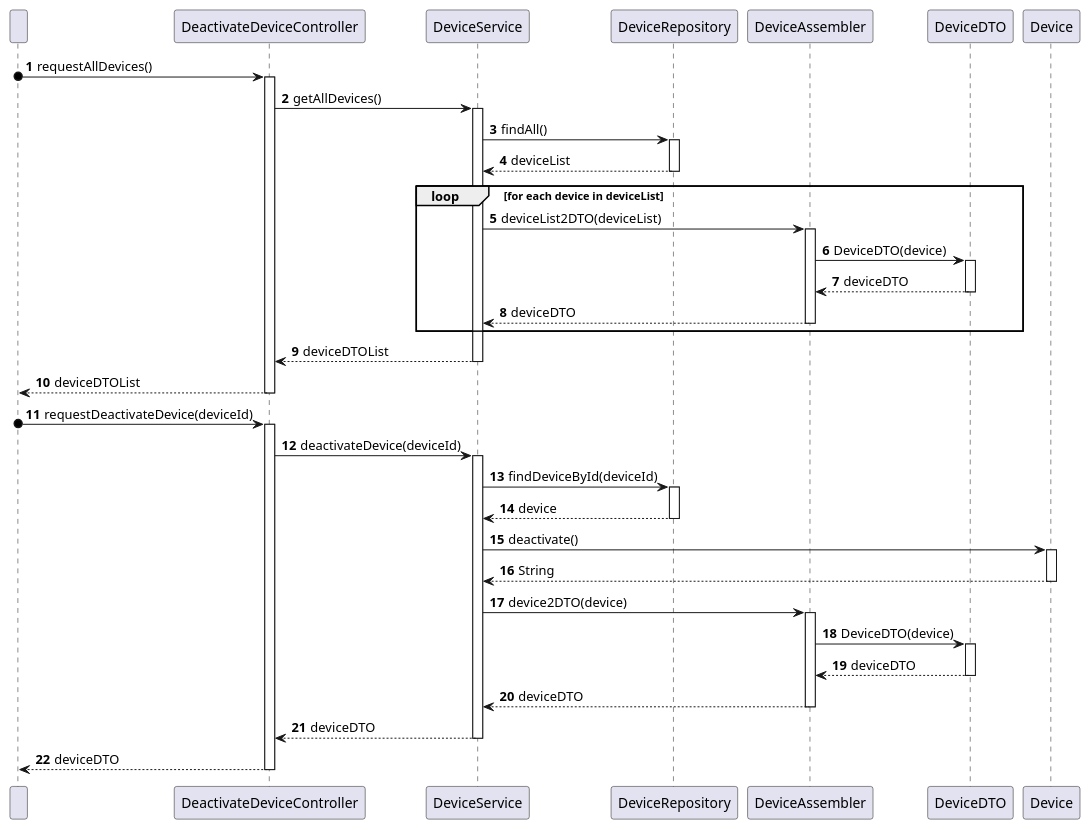
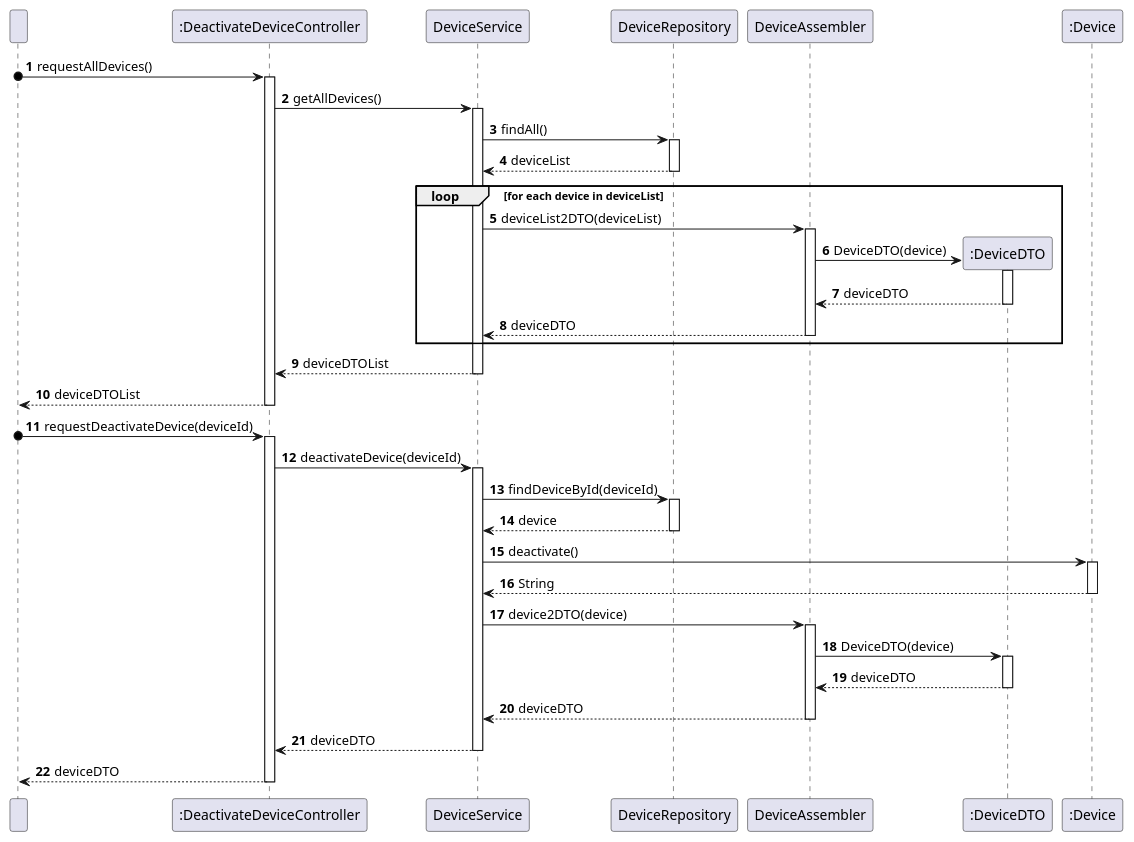
One commit to olivDiogo/SmartHome changed the diagram in docs/ood/sequenceDiagram/US08DeactivateDevice.puml. Above: the diagram before and after it, drawn with PlantUML.

Commit message:
Update US08 SD , addresses #110

```diff
--- a/docs/ood/sequenceDiagram/US08DeactivateDevice.puml
+++ b/docs/ood/sequenceDiagram/US08DeactivateDevice.puml
@@ -1,67 +1,68 @@
 @startuml
 'https://plantuml.com/sequence-diagram
 
 autonumber
 
     participant " " as User
-    participant DeactivateDeviceController as Controller
+    participant ":DeactivateDeviceController" as Controller
     participant DeviceService as Service
     participant DeviceRepository as Repository
     participant DeviceAssembler as Assembler
-    participant DeviceDTO as DTO
-    participant Device as Device
+    participant ":DeviceDTO" as DTO
+    participant ":Device" as Device
 
 ' Request all devices
 
     User o-> Controller: requestAllDevices()
     activate Controller
     Controller -> Service: getAllDevices()
     activate Service
     Service -> Repository: findAll()
     activate Repository
     Repository --> Service: deviceList
     deactivate Repository
 
     loop for each device in deviceList
         Service -> Assembler: deviceList2DTO(deviceList)
         activate Assembler
+        create DTO
         Assembler -> DTO: DeviceDTO(device)
         activate DTO
         DTO --> Assembler: deviceDTO
         deactivate DTO
         Assembler --> Service: deviceDTO
         deactivate Assembler
     end
     Service --> Controller: deviceDTOList
     deactivate Service
     Controller --> User: deviceDTOList
     deactivate Controller
 
 ' Deactivate device
 
     User o-> Controller: requestDeactivateDevice(deviceId)
     activate Controller
     Controller -> Service: deactivateDevice(deviceId)
     activate Service
     Service -> Repository: findDeviceById(deviceId)
     activate Repository
     Repository --> Service: device
     deactivate Repository
     Service -> Device: deactivate()
     activate Device
     Device --> Service: String
     deactivate Device
     Service -> Assembler: device2DTO(device)
     activate Assembler
     Assembler -> DTO: DeviceDTO(device)
     activate DTO
     DTO --> Assembler: deviceDTO
     deactivate DTO
     Assembler --> Service: deviceDTO
     deactivate Assembler
     Service --> Controller: deviceDTO
     deactivate Service
     Controller --> User: deviceDTO
     deactivate Controller
 
 @enduml
```
